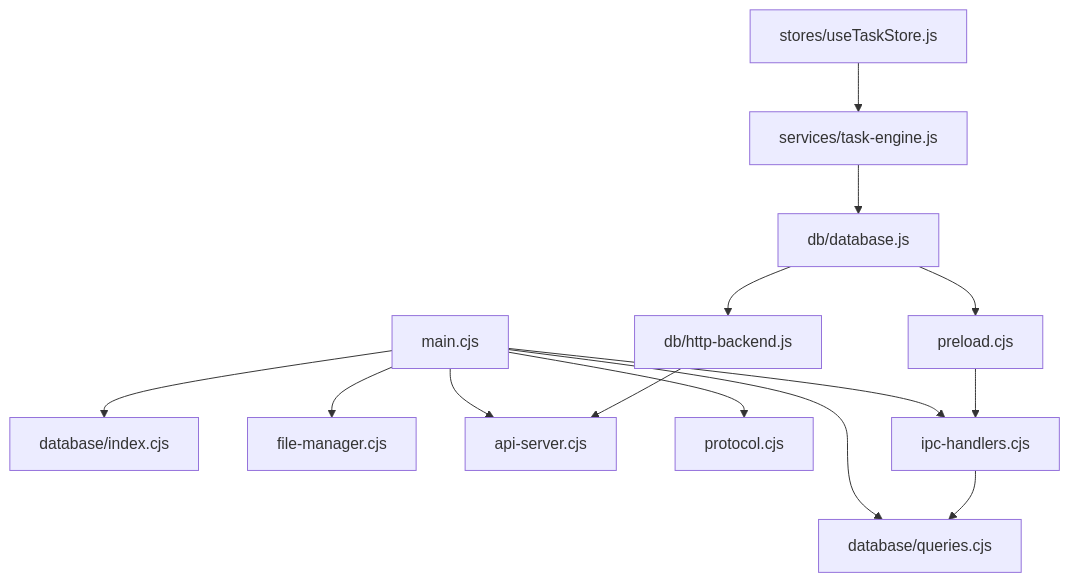
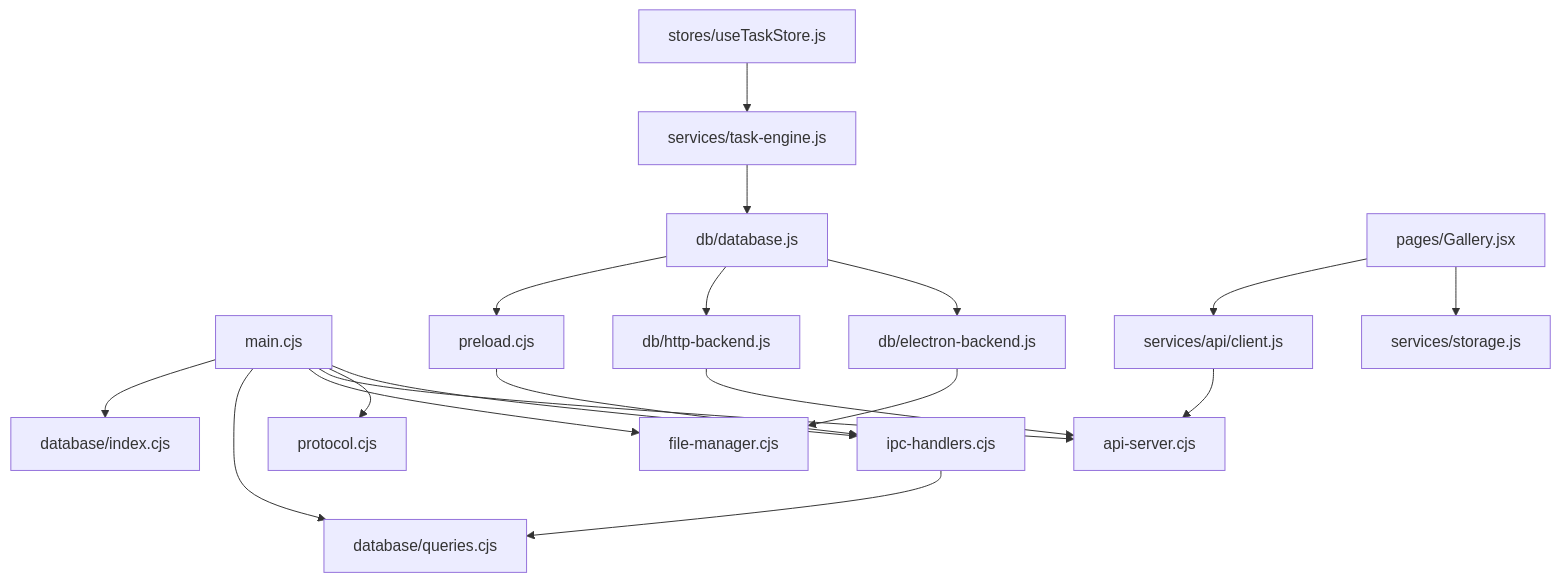
One commit to AlbusWei/AI-Image-Studio changed diagram 14 of 14 in .qoder/repowiki/zh/content/架构设计/Electron 桌面应用架构.md. Above: the diagram before and after it, drawn with Mermaid. The commit also changed other lines of this file and 26 other files, not shown here.

Commit message:
fix: 修复 Gallery 图片显示 broken image 问题

````diff
--- a/.qoder/repowiki/zh/content/架构设计/Electron 桌面应用架构.md
+++ b/.qoder/repowiki/zh/content/架构设计/Electron 桌面应用架构.md
@@ -567,16 +699,21 @@
 ```mermaid
 graph TB
 Main["main.cjs"] --> DBI["database/index.cjs"]
 Main --> DBQ["database/queries.cjs"]
 Main --> FM["file-manager.cjs"]
 Main --> API["api-server.cjs"]
 Main --> PR["protocol.cjs"]
 Main --> IPC["ipc-handlers.cjs"]
 IPC --> DBQ
 Pre["preload.cjs"] --> IPC
 DBF["db/database.js"] --> Pre
 DBF --> HTTPB["db/http-backend.js"]
+DBF --> ELEC["db/electron-backend.js"]
 HTTPB --> API
+ELEC --> FM
 TE["services/task-engine.js"] --> DBF
 TS["stores/useTaskStore.js"] --> TE
+CLI["services/api/client.js"] --> API
+GAL["pages/Gallery.jsx"] --> CLI
+GAL --> STO["services/storage.js"]
 ```
````
